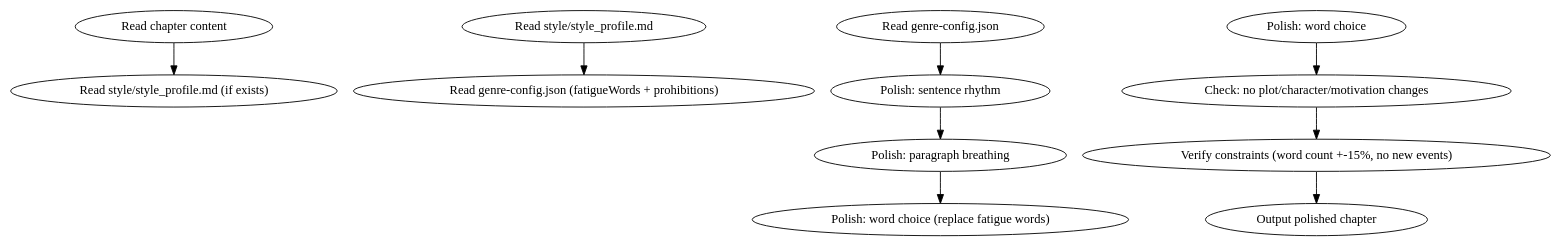
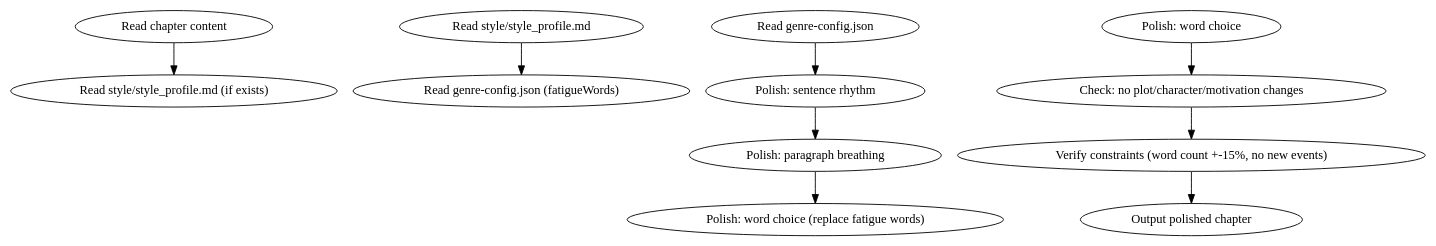
The diagram in skills/shenbi-style-polishing/SKILL.md (ThomasChangX/shenbi), drawn with Graphviz before and after one commit. The commit also changed 19 other files, not shown here.

````diff
--- a/skills/shenbi-style-polishing/SKILL.md
+++ b/skills/shenbi-style-polishing/SKILL.md
@@ -46,12 +46,12 @@
 ```dot
 digraph style_polishing {
     "Read chapter content" -> "Read style/style_profile.md (if exists)";
-    "Read style/style_profile.md" -> "Read genre-config.json (fatigueWords + prohibitions)";
+    "Read style/style_profile.md" -> "Read genre-config.json (fatigueWords)";
     "Read genre-config.json" -> "Polish: sentence rhythm";
     "Polish: sentence rhythm" -> "Polish: paragraph breathing";
     "Polish: paragraph breathing" -> "Polish: word choice (replace fatigue words)";
     "Polish: word choice" -> "Check: no plot/character/motivation changes";
     "Check: no plot/character/motivation changes" -> "Verify constraints (word count +-15%, no new events)";
     "Verify constraints (word count +-15%, no new events)" -> "Output polished chapter";
 }
 ```
````
